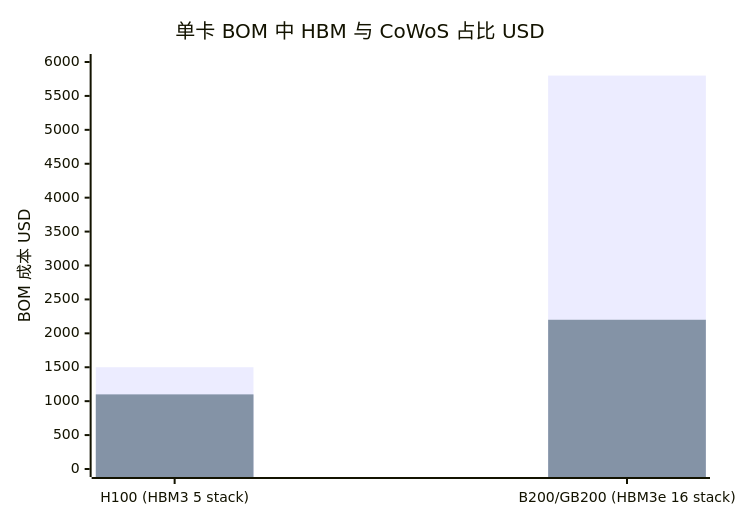
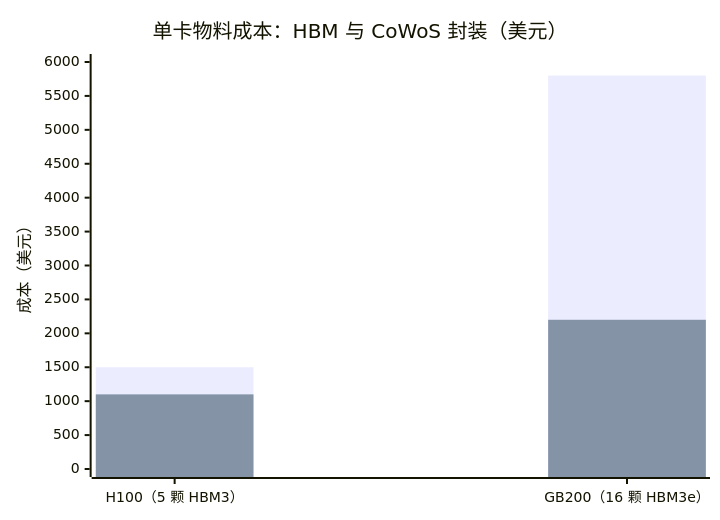
One commit to diguike/book-compute-economics changed the fourth of 5 diagrams in book/11-bottleneck-physics/README.md. Above: the diagram before and after it, drawn with Mermaid. The commit also changed other lines of this file and 33 other files, not shown here.

````diff
--- a/book/11-bottleneck-physics/README.md
+++ b/book/11-bottleneck-physics/README.md
@@ -827,8 +807,8 @@
 ```mermaid
 xychart-beta
-    title "单卡 BOM 中 HBM 与 CoWoS 占比 USD"
-    x-axis ["H100 (HBM3 5 stack)", "B200/GB200 (HBM3e 16 stack)"]
-    y-axis "BOM 成本 USD" 0 --> 6000
+    title "单卡物料成本：HBM 与 CoWoS 封装（美元）"
+    x-axis ["H100（5 颗 HBM3）", "GB200（16 颗 HBM3e）"]
+    y-axis "成本（美元）" 0 --> 6000
     bar [1500, 5800]
     bar [1100, 2200]
 ```
````
